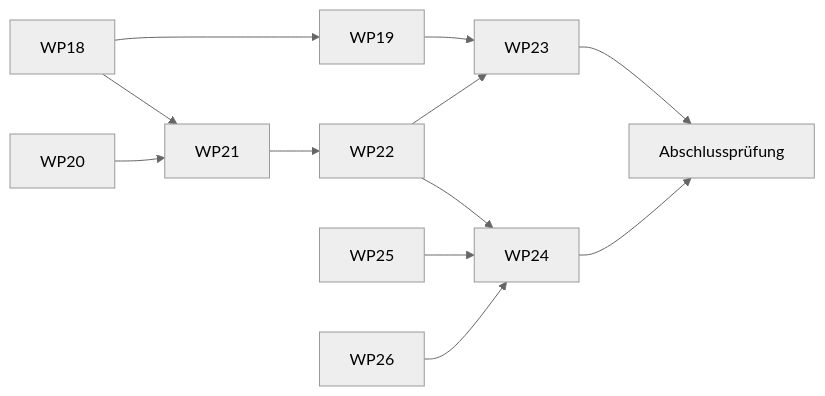
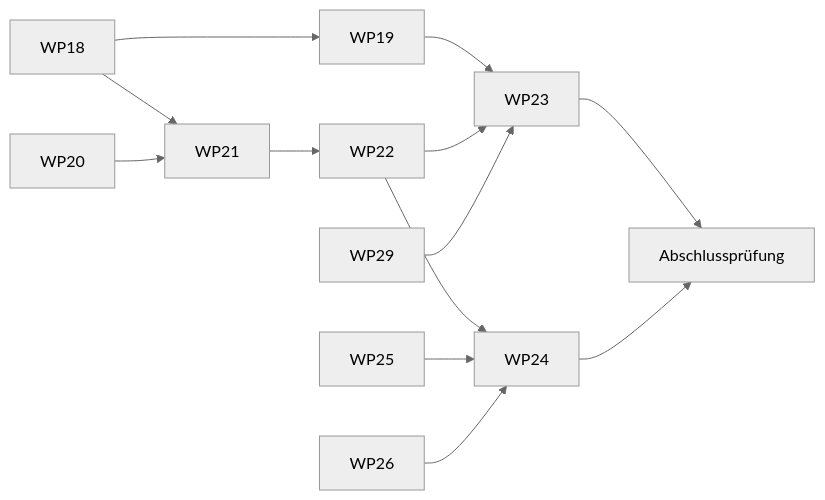
One commit to brokoskokoli/ramuri changed the diagram in work-packages/M2-PLAN.md. Above: the diagram before and after it, drawn with Mermaid (neutral theme). The commit also changed other lines of this file and 2 other files, not shown here.

````diff
--- a/work-packages/M2-PLAN.md
+++ b/work-packages/M2-PLAN.md
@@ -17,10 +18,11 @@
 ```mermaid
 flowchart LR
   WP18 --> WP19 & WP21
   WP20 --> WP21
   WP21 --> WP22
   WP19 & WP22 --> WP23
+  WP29 --> WP23
   WP22 & WP25 --> WP24
   WP26 --> WP24
   WP23 & WP24 --> ABS[Abschlussprüfung]
 ```
````
